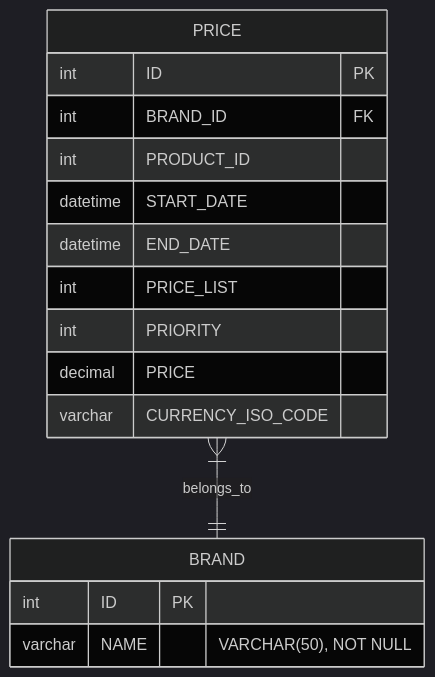
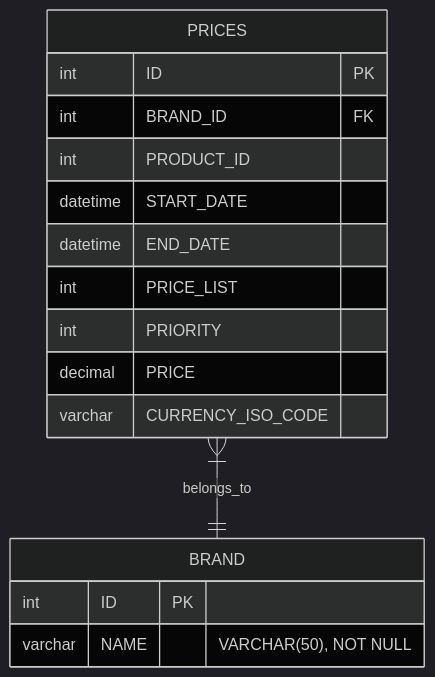
The diagram in README.md (lorenaspwork/pricing-service), drawn with Mermaid (dark theme) before and after one commit. The commit also changed 2 other files, not shown here.

Commit message:
Add JaCoCo to pom.xml and fix OpenAPI

````diff
--- a/README.md
+++ b/README.md
@@ -42,19 +42,19 @@
 ```mermaid
 erDiagram
-    PRICE {
+    PRICES {
         int ID PK
         int BRAND_ID FK
         int PRODUCT_ID
         datetime START_DATE
         datetime END_DATE
         int PRICE_LIST
         int PRIORITY
         decimal PRICE
         varchar CURRENCY_ISO_CODE
     }
     BRAND {
         int ID PK
         varchar NAME "VARCHAR(50), NOT NULL"
     }
-    PRICE }|--|| BRAND : belongs_to
+    PRICES }|--|| BRAND : belongs_to
 ```
````
